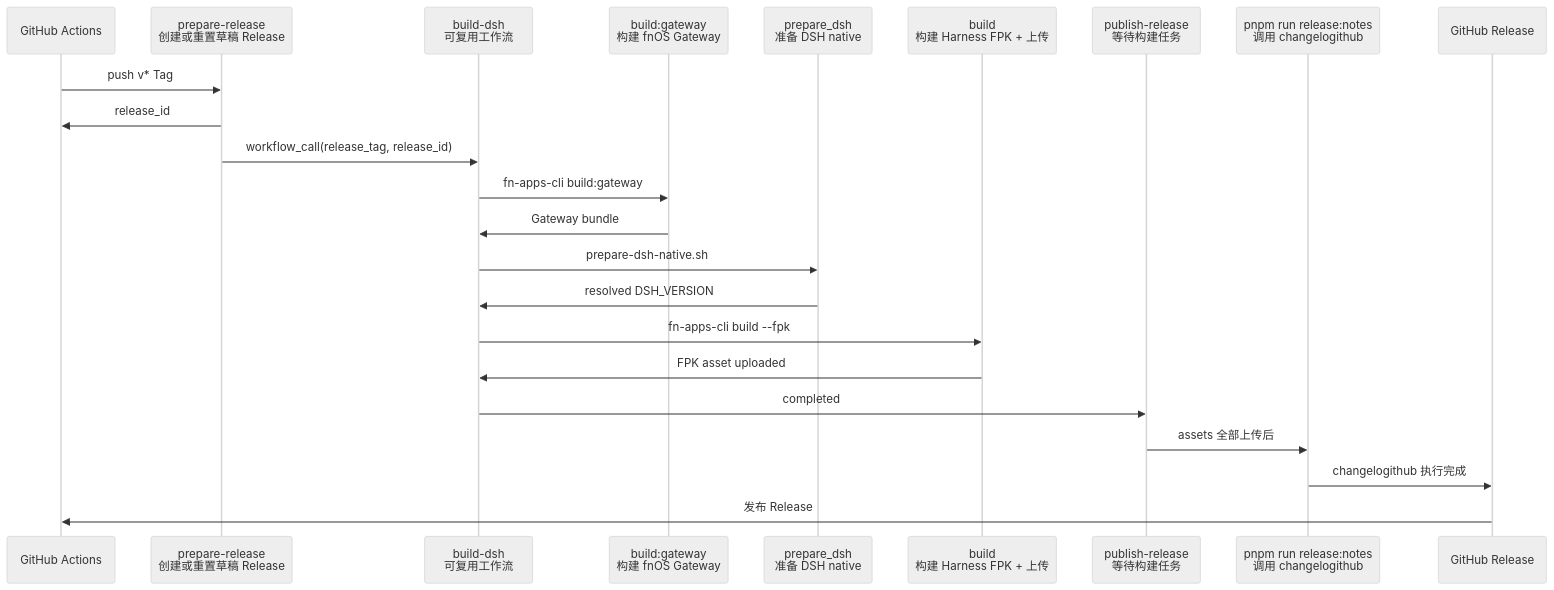
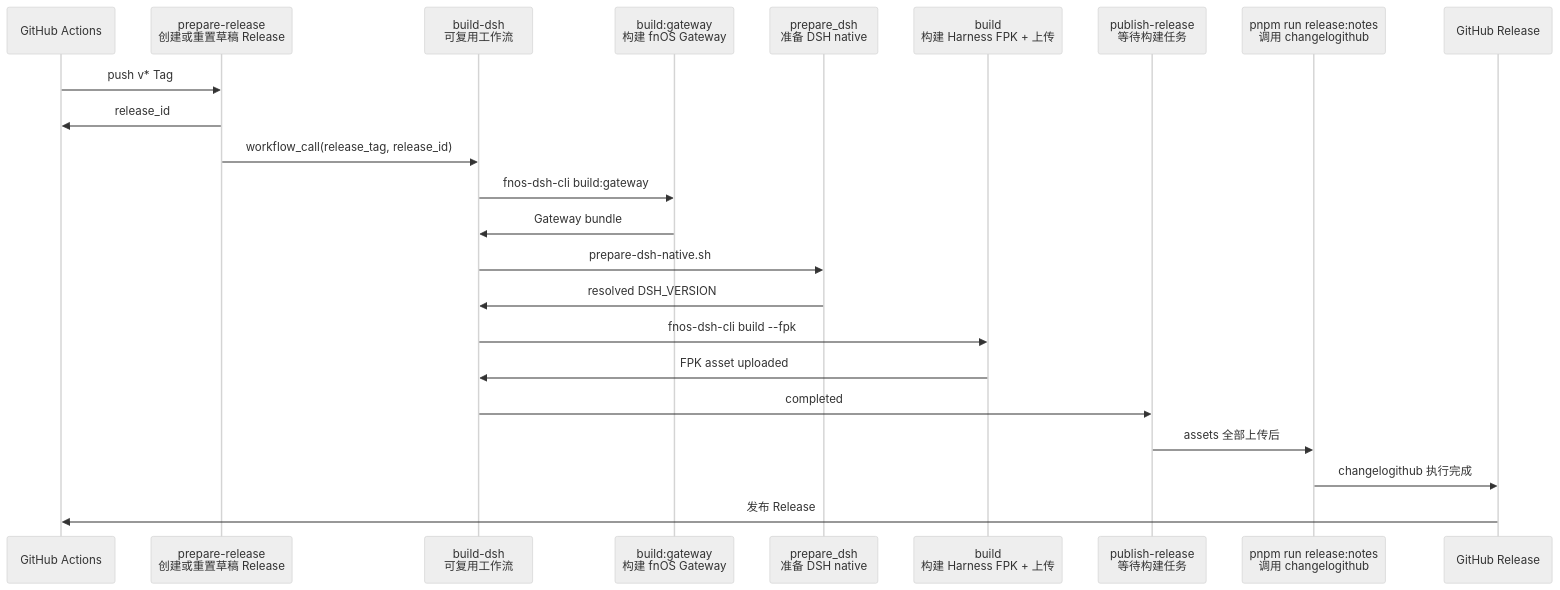
The second of 4 diagrams in docs/development/github-workflows.md (FNOSP/fnos-dsh), drawn with Mermaid (neutral theme) before and after one commit. The commit also changed other lines of this file and 50 other files, not shown here.

````diff
--- a/docs/development/github-workflows.md
+++ b/docs/development/github-workflows.md
@@ -52,26 +52,26 @@
 ```mermaid
 sequenceDiagram
   participant github as GitHub Actions
   participant prepare as prepare-release<br/>创建或重置草稿 Release
   participant dsh as build-dsh<br/>可复用工作流
   participant gateway as build:gateway<br/>构建 fnOS Gateway
   participant native as prepare_dsh<br/>准备 DSH native
   participant dshBuild as build<br/>构建 Harness FPK + 上传
   participant publish as publish-release<br/>等待构建任务
   participant notes as pnpm run release:notes<br/>调用 changelogithub
   participant release as GitHub Release
 
   github->>prepare: push v* Tag
   prepare->>github: release_id
   prepare->>dsh: workflow_call(release_tag, release_id)
-  dsh->>gateway: fn-apps-cli build:gateway
+  dsh->>gateway: fnos-dsh-cli build:gateway
   gateway->>dsh: Gateway bundle
   dsh->>native: prepare-dsh-native.sh
   native->>dsh: resolved DSH_VERSION
-  dsh->>dshBuild: fn-apps-cli build --fpk
+  dsh->>dshBuild: fnos-dsh-cli build --fpk
   dshBuild->>dsh: FPK asset uploaded
   dsh->>publish: completed
   publish->>notes: assets 全部上传后
   notes->>release: changelogithub 执行完成
   release->>github: 发布 Release
 ```
````
